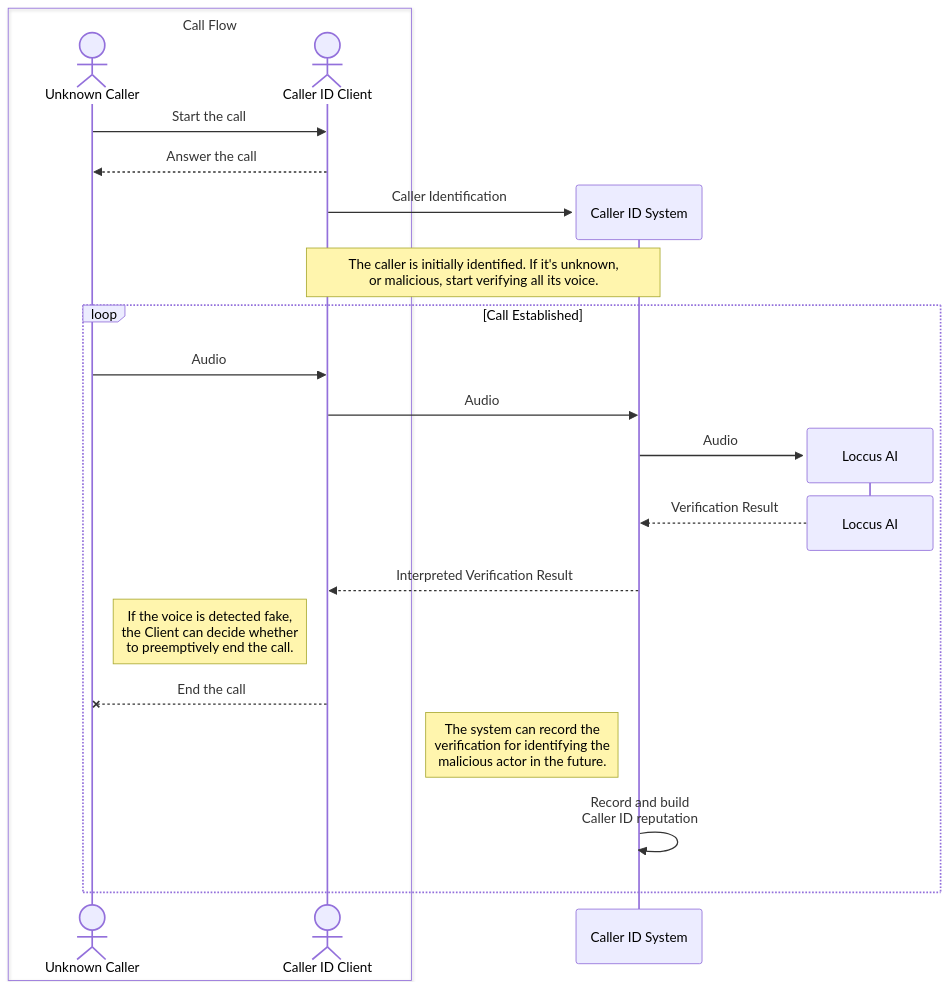
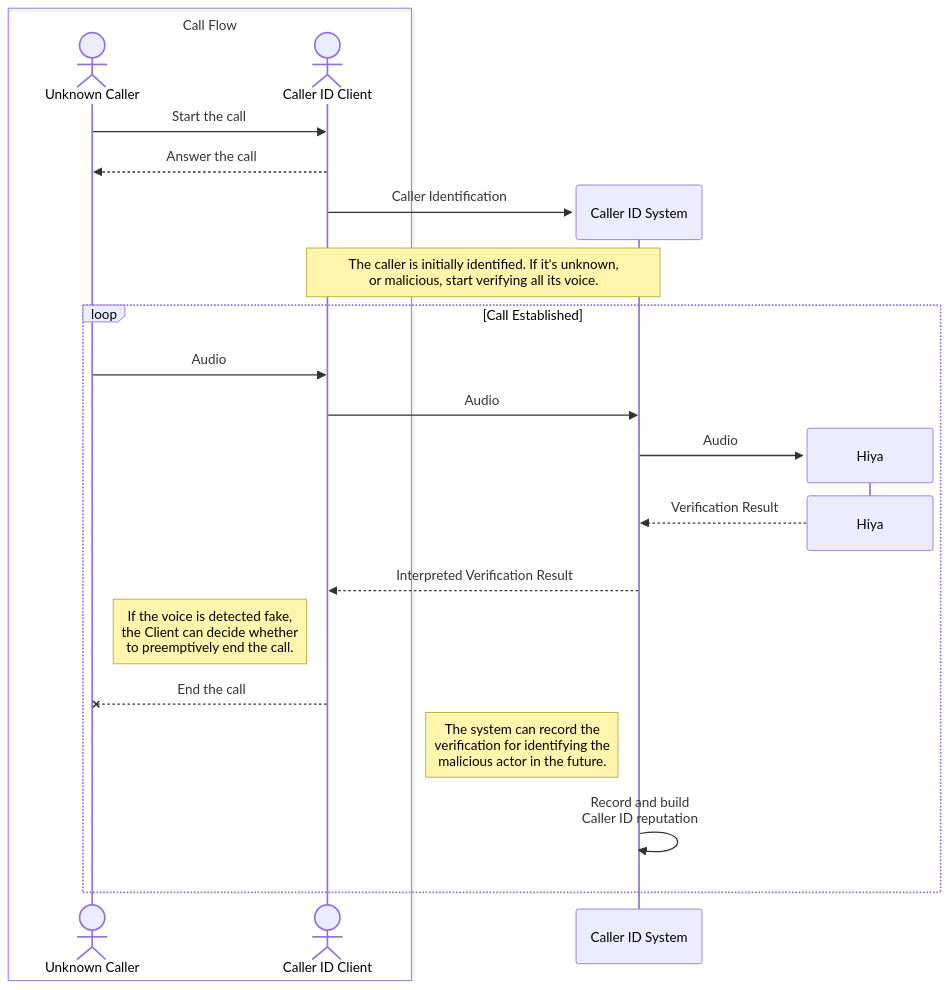
Before and after one commit to Victor-Hiya/docs: the second of 3 diagrams in use-cases/authenticity/caller-id-authenticity-use-case.mdx, drawn with Mermaid. The commit also changed other lines of this file and 19 other files, not shown here.

````diff
--- a/use-cases/authenticity/caller-id-authenticity-use-case.mdx
+++ b/use-cases/authenticity/caller-id-authenticity-use-case.mdx
@@ -62,25 +75,25 @@
 ```mermaid
 sequenceDiagram
 box Call Flow
 actor Unknown Caller
 actor Caller ID Client
 end
 Unknown Caller ->> Caller ID Client: Start the call
 Caller ID Client -->> Unknown Caller: Answer the call
 create participant Caller ID System
 Caller ID Client ->> Caller ID System: Caller Identification
 note over Caller ID Client, Caller ID System: The caller is initially identified. If it's unknown,<br>or malicious, start verifying all its voice.
 loop Call Established
     Unknown Caller ->> Caller ID Client: Audio
     Caller ID Client ->> Caller ID System: Audio
-    create participant Loccus AI
-    Caller ID System ->> Loccus AI: Audio
-    destroy Loccus AI
-    Loccus AI -->> Caller ID System: Verification Result
+    create participant Hiya
+    Caller ID System ->> Hiya: Audio
+    destroy Hiya
+    Hiya -->> Caller ID System: Verification Result
     Caller ID System -->> Caller ID Client: Interpreted Verification Result
     note left of Caller ID Client: If the voice is detected fake,<br>the Client can decide whether<br>to preemptively end the call.
     Caller ID Client --x Unknown Caller: End the call
-    note left of Caller ID System: The system can record the <br>verification for identifying the<br>malicious actor in the future. 
+    note left of Caller ID System: The system can record the <br>verification for identifying the<br>malicious actor in the future.
     Caller ID System ->> Caller ID System: Record and build<br>Caller ID reputation
 end
 ```
````
